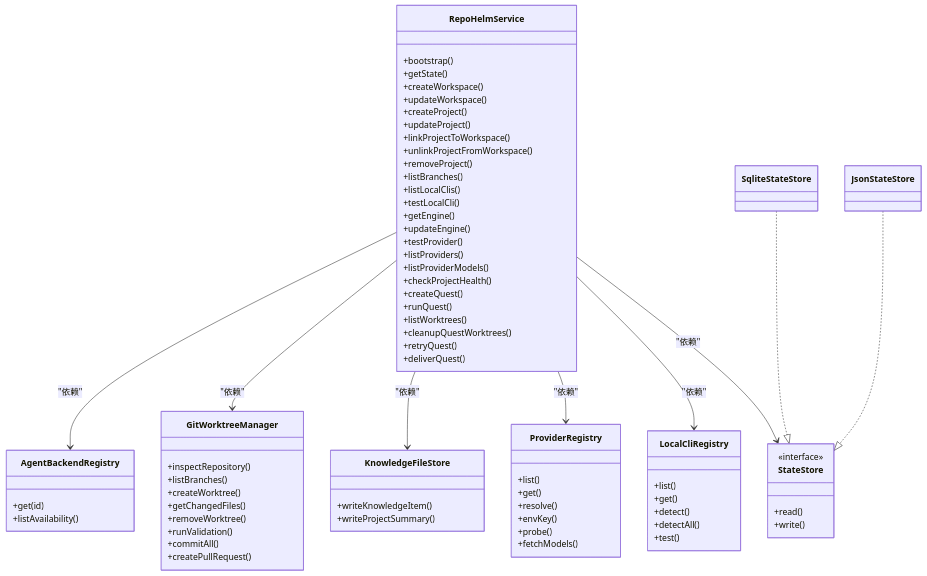
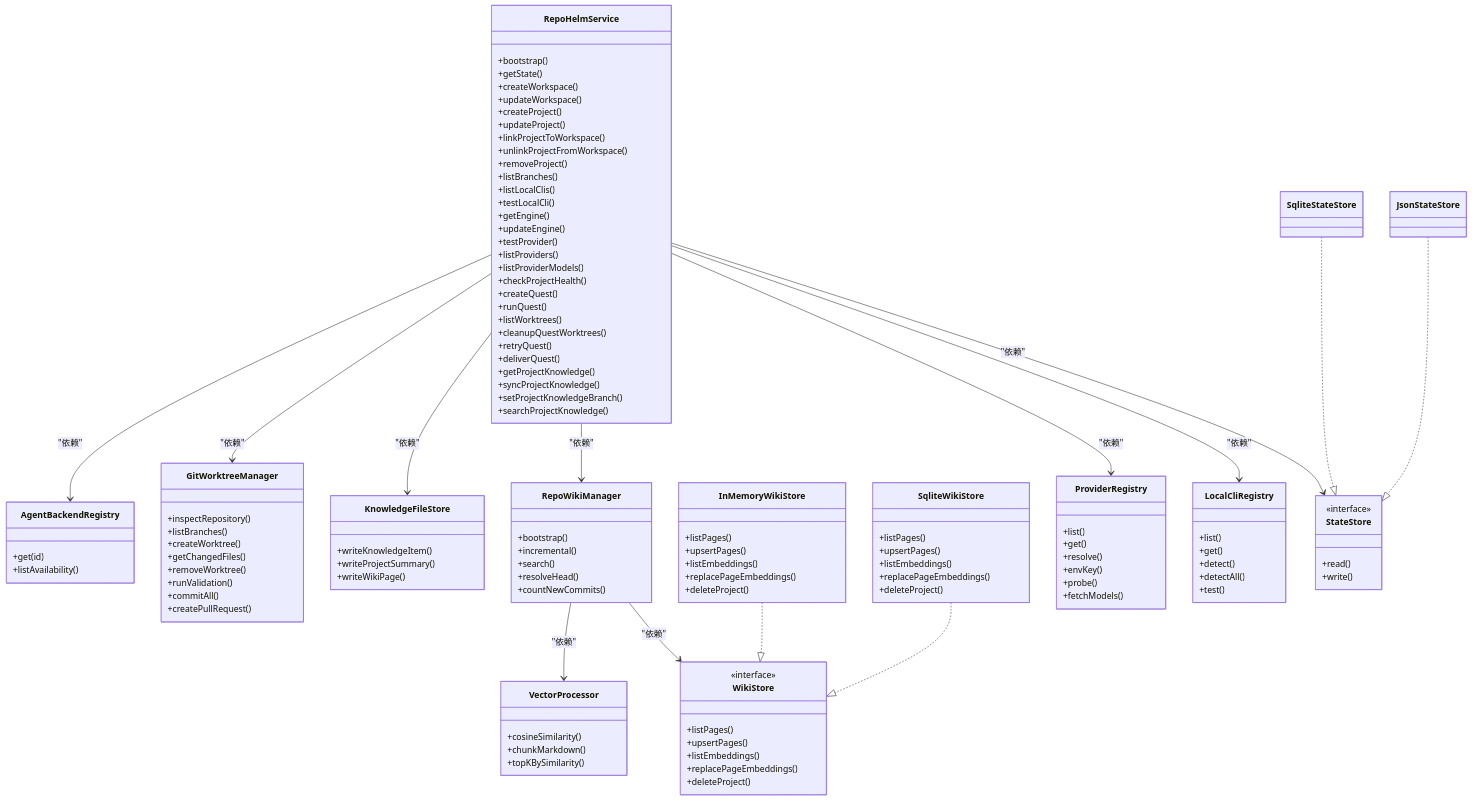
Before and after one commit to coconilu/RepoHelm: the second of 11 diagrams in .qoder/repowiki/zh/content/架构设计/组件交互关系.md, drawn with Mermaid. The commit also changed other lines of this file and 9 other files, not shown here.

First line of the commit message:
docs(zh): add KnowledgeCenter, Markdown & Mermaid

````diff
--- a/.qoder/repowiki/zh/content/架构设计/组件交互关系.md
+++ b/.qoder/repowiki/zh/content/架构设计/组件交互关系.md
@@ -110,6 +139,10 @@
 +cleanupQuestWorktrees()
 +retryQuest()
 +deliverQuest()
++getProjectKnowledge()
++syncProjectKnowledge()
++setProjectKnowledgeBranch()
++searchProjectKnowledge()
 }
 class AgentBackendRegistry {
 +get(id)
@@ -128,6 +161,41 @@
 class KnowledgeFileStore {
 +writeKnowledgeItem()
 +writeProjectSummary()
++writeWikiPage()
+}
+class RepoWikiManager {
++bootstrap()
++incremental()
++search()
++resolveHead()
++countNewCommits()
+}
+class WikiStore {
+<<interface>>
++listPages()
++upsertPages()
++listEmbeddings()
++replacePageEmbeddings()
++deleteProject()
+}
+class InMemoryWikiStore {
++listPages()
++upsertPages()
++listEmbeddings()
++replacePageEmbeddings()
++deleteProject()
+}
+class SqliteWikiStore {
++listPages()
++upsertPages()
++listEmbeddings()
++replacePageEmbeddings()
++deleteProject()
+}
+class VectorProcessor {
++cosineSimilarity()
++chunkMarkdown()
++topKBySimilarity()
 }
 class ProviderRegistry {
 +list()
@@ -154,9 +222,14 @@
 RepoHelmService --> AgentBackendRegistry : "依赖"
 RepoHelmService --> GitWorktreeManager : "依赖"
 RepoHelmService --> KnowledgeFileStore : "依赖"
+RepoHelmService --> RepoWikiManager : "依赖"
 RepoHelmService --> ProviderRegistry : "依赖"
 RepoHelmService --> LocalCliRegistry : "依赖"
 RepoHelmService --> StateStore : "依赖"
+RepoWikiManager --> WikiStore : "依赖"
+RepoWikiManager --> VectorProcessor : "依赖"
 SqliteStateStore ..|> StateStore
 JsonStateStore ..|> StateStore
+InMemoryWikiStore ..|> WikiStore
+SqliteWikiStore ..|> WikiStore
 ```
````
